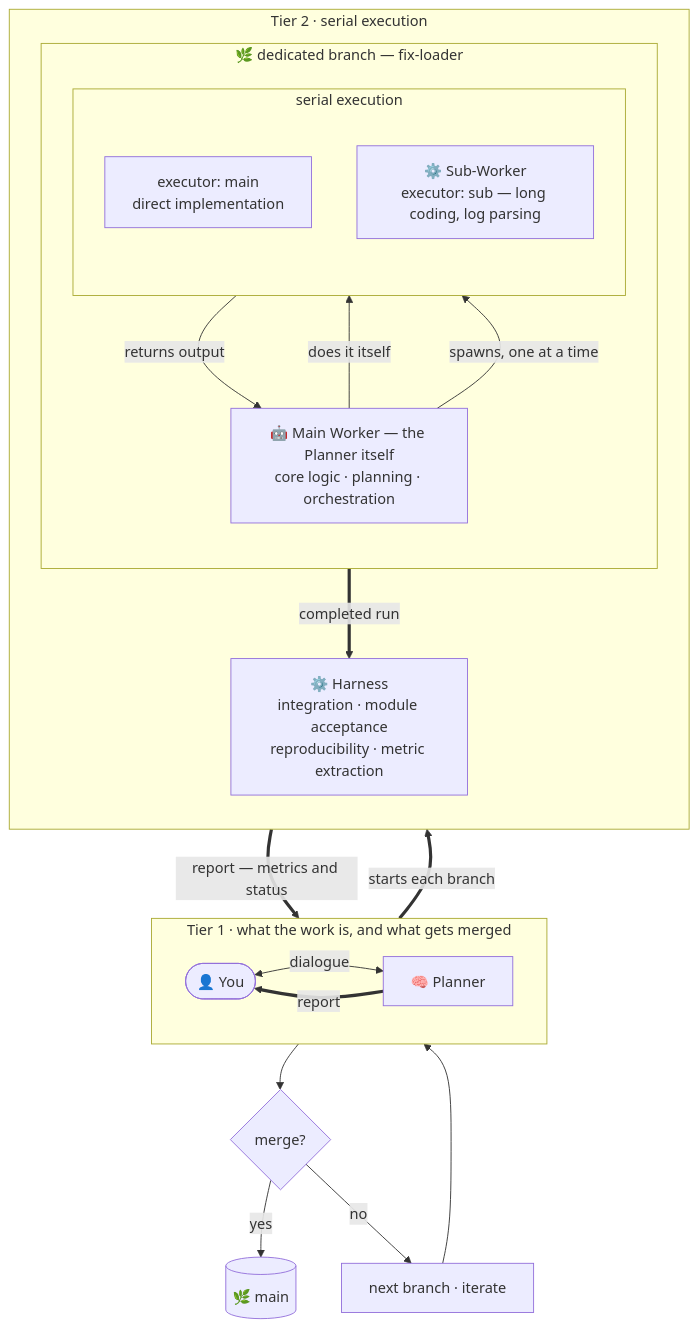
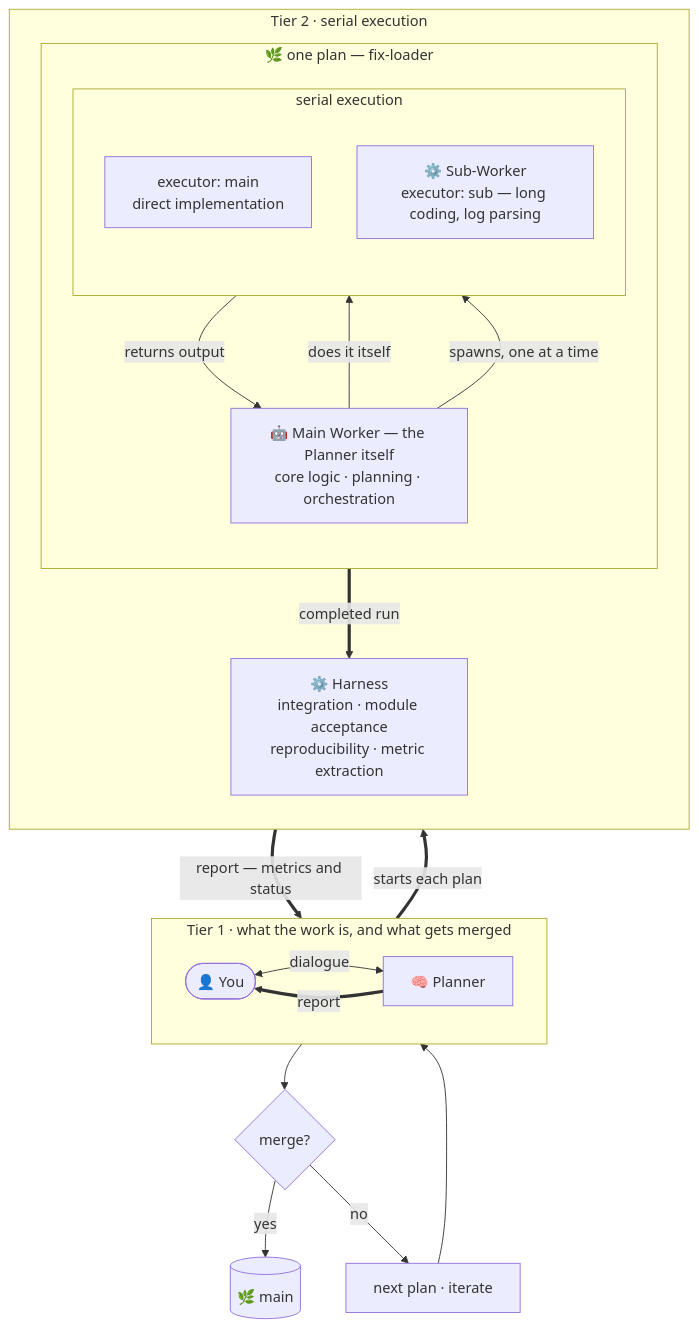
Before and after one commit to teasol/harness-template: the first of 3 diagrams in README.md, drawn with Mermaid. The commit also changed other lines of this file and 35 other files, not shown here.

````diff
--- a/README.md
+++ b/README.md
@@ -242,33 +274,33 @@
 ```mermaid
 flowchart TD
     subgraph T1 ["Tier 1 · what the work is, and what gets merged"]
         direction LR
         U(["👤 You"]) <-->|"dialogue"| P["🧠 Planner"]
     end
 
     subgraph T2 ["Tier 2 · serial execution"]
         direction TB
-        subgraph BR ["🌿 dedicated branch — fix-loader"]
+        subgraph BR ["🌿 one plan — fix-loader"]
             direction TB
             MW["🤖 Main Worker — the Planner itself<br/>core logic · planning · orchestration"]
             subgraph EX ["serial execution"]
                 direction TB
                 SELF["executor: main<br/>direct implementation"]
                 SUB["⚙️ Sub-Worker<br/>executor: sub — long coding, log parsing"]
             end
             MW -->|"does it itself"| SELF
             MW -->|"spawns, one at a time"| SUB
             SUB -->|"returns output"| MW
         end
         H["⚙️ Harness<br/>integration · module acceptance<br/>reproducibility · metric extraction"]
     end
 
-    P ==>|"starts each branch"| MW
+    P ==>|"starts each plan"| MW
     EX ==>|"completed run"| H
     H ==>|"report — metrics and status"| P
     P ==>|"report"| U
     U --> DEC{"merge?"}
     DEC -->|"yes"| MAIN[("🌿 main")]
-    DEC -->|"no"| NEXT["next branch · iterate"]
+    DEC -->|"no"| NEXT["next plan · iterate"]
     NEXT --> P
 ```
````
